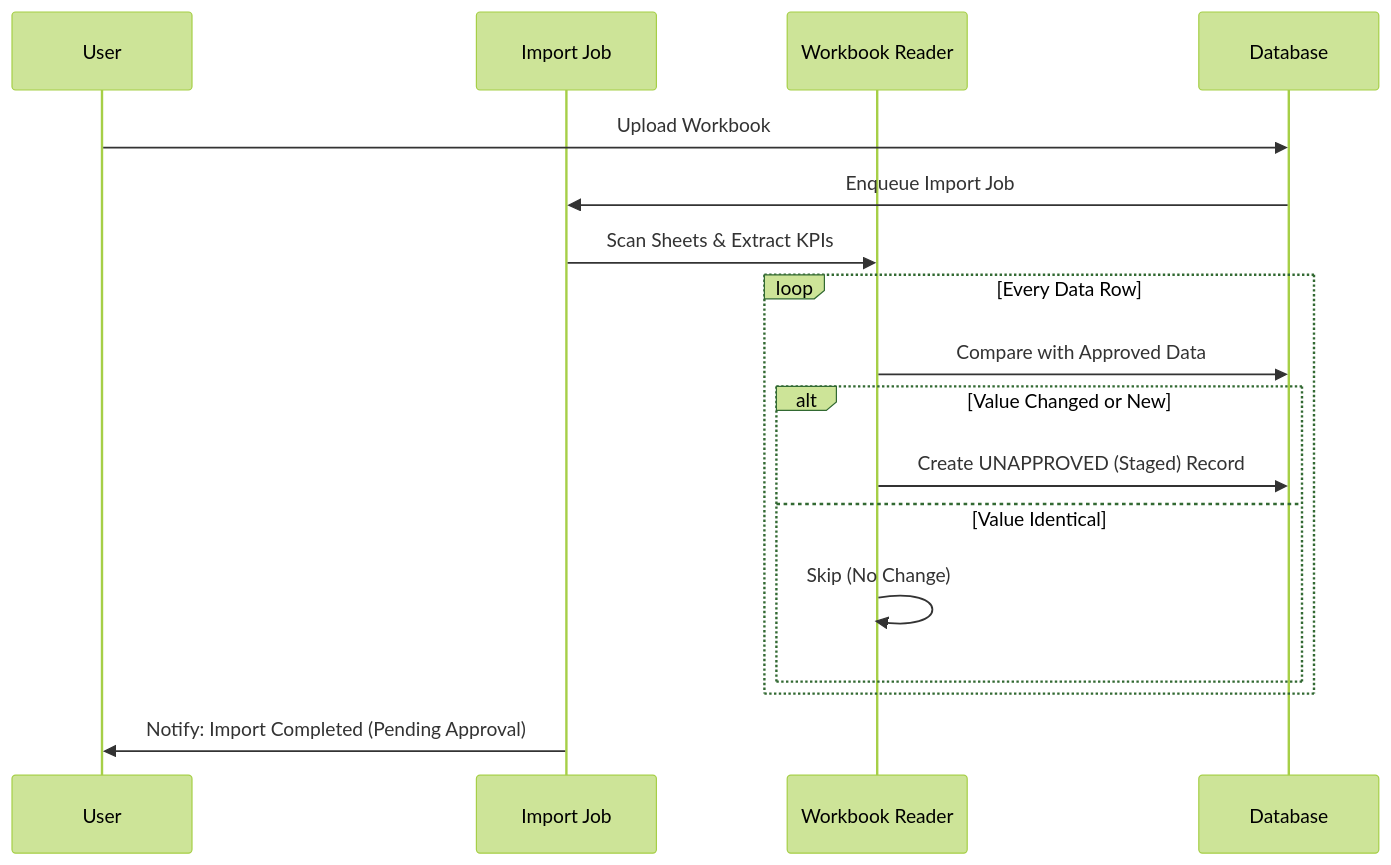
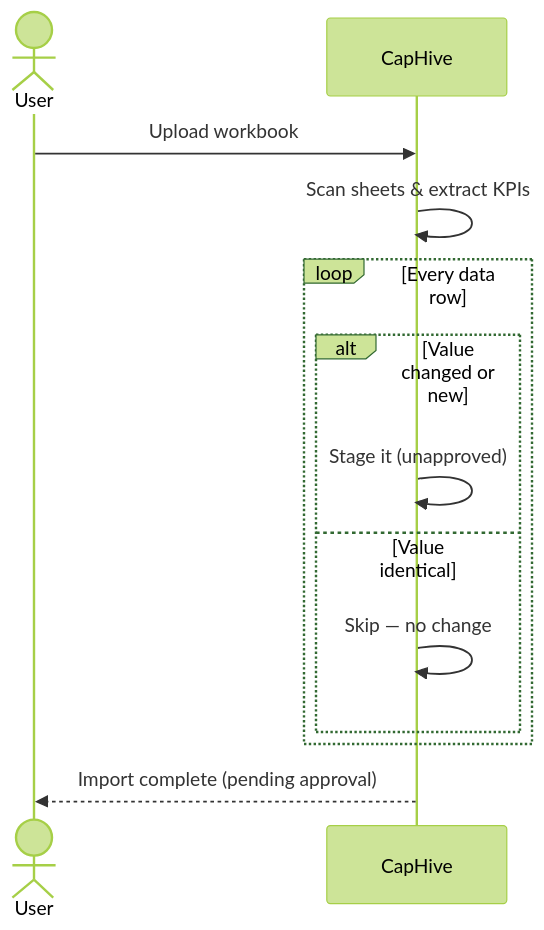
One commit to sampadadiwan/IRM_CompanyMain changed the fourth of 5 diagrams in docs/user_guides/kpi_upload_user_guide.md. Above: the diagram before and after it, drawn with Mermaid (forest theme). The commit also changed other lines of this file and 21 other files, not shown here.

````diff
--- a/docs/user_guides/kpi_upload_user_guide.md
+++ b/docs/user_guides/kpi_upload_user_guide.md
@@ -156,20 +129,16 @@
 ```mermaid
 sequenceDiagram
-    participant U as User
-    participant J as Import Job
-    participant R as Workbook Reader
-    participant DB as Database
+    actor U as User
+    participant System as CapHive
 
-    U->>DB: Upload Workbook
-    DB->>J: Enqueue Import Job
-    J->>R: Scan Sheets & Extract KPIs
-    loop Every Data Row
-        R->>DB: Compare with Approved Data
-        alt Value Changed or New
-            R->>DB: Create UNAPPROVED (Staged) Record
-        else Value Identical
-            R->>R: Skip (No Change)
+    U->>System: Upload workbook
+    System->>System: Scan sheets & extract KPIs
+    loop Every data row
+        alt Value changed or new
+            System->>System: Stage it (unapproved)
+        else Value identical
+            System->>System: Skip — no change
         end
     end
-    J->>U: Notify: Import Completed (Pending Approval)
+    System-->>U: Import complete (pending approval)
 ```
````
